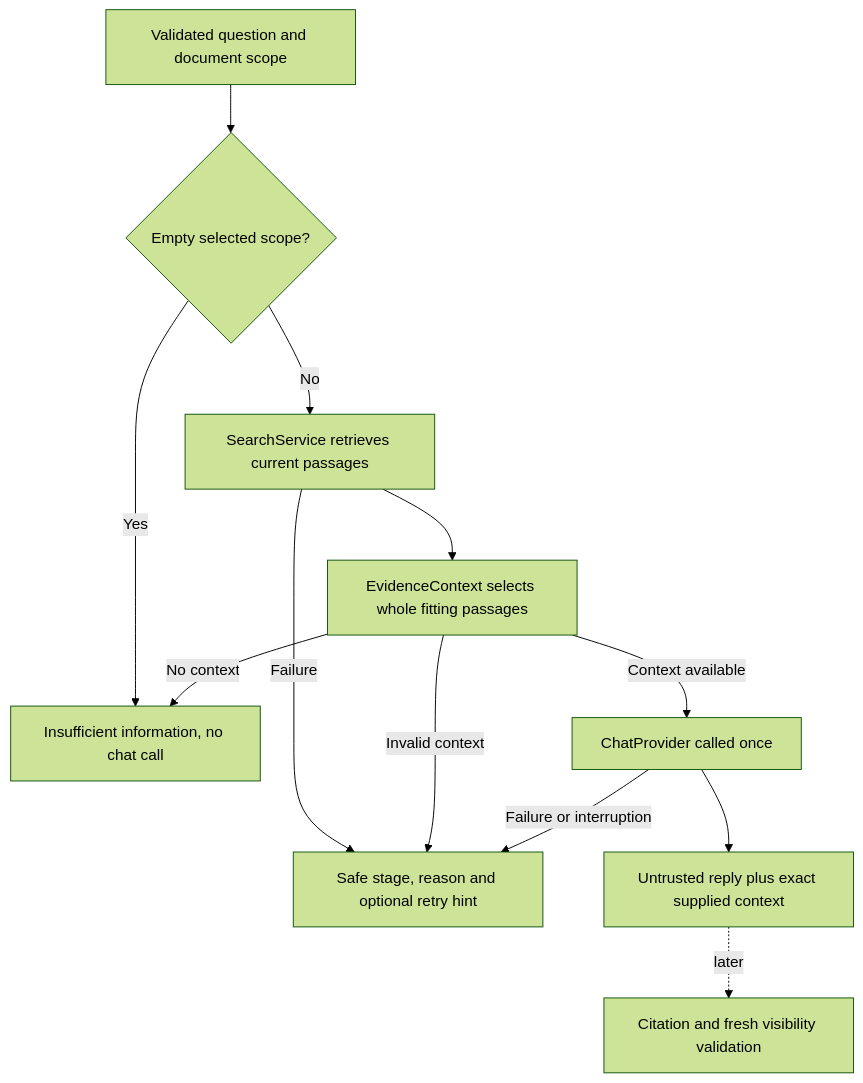
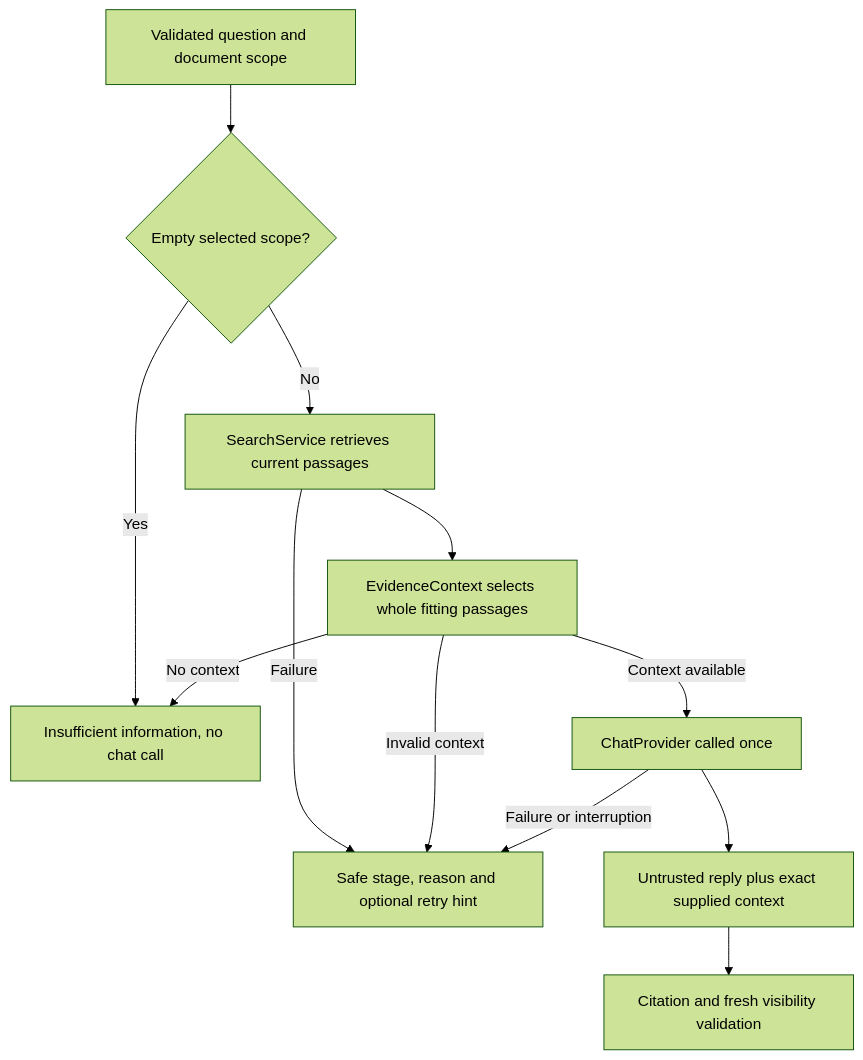
Before and after one commit to FarukValjevac/SecondBrain: diagram 28 of 31 in .learnigns/embedding-contract-guide.md, drawn with Mermaid (forest theme). The commit also changed other lines of this file and 15 other files, not shown here.

````diff
--- a/.learnigns/embedding-contract-guide.md
+++ b/.learnigns/embedding-contract-guide.md
@@ -1329,14 +1329,14 @@
 ```mermaid
 flowchart TD
     Input[Validated question and document scope] --> Scope{Empty selected scope?}
     Scope -->|Yes| Absent[Insufficient information, no chat call]
     Scope -->|No| Search[SearchService retrieves current passages]
     Search -->|Failure| Error[Safe stage, reason and optional retry hint]
     Search --> Select[EvidenceContext selects whole fitting passages]
     Select -->|No context| Absent
     Select -->|Invalid context| Error
     Select -->|Context available| Chat[ChatProvider called once]
     Chat -->|Failure or interruption| Error
     Chat --> Candidate[Untrusted reply plus exact supplied context]
-    Candidate -. later .-> Accept[Citation and fresh visibility validation]
+    Candidate --> Accept[Citation and fresh visibility validation]
 ```
````
